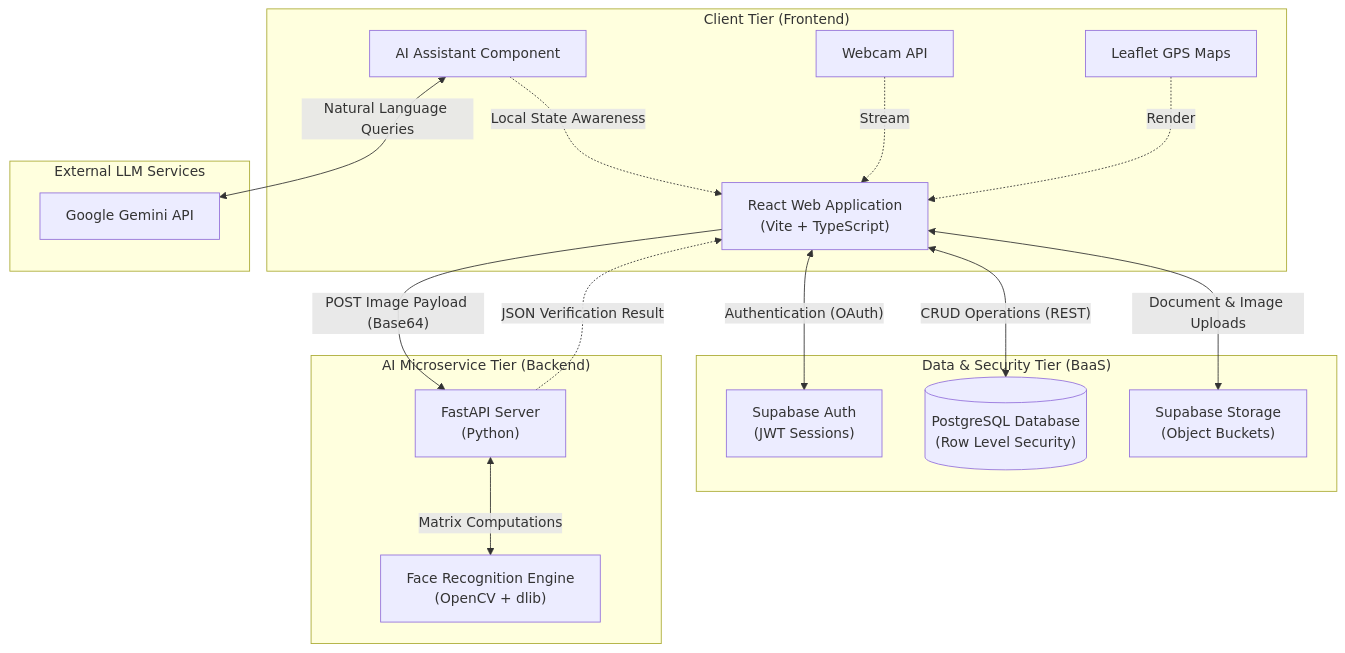
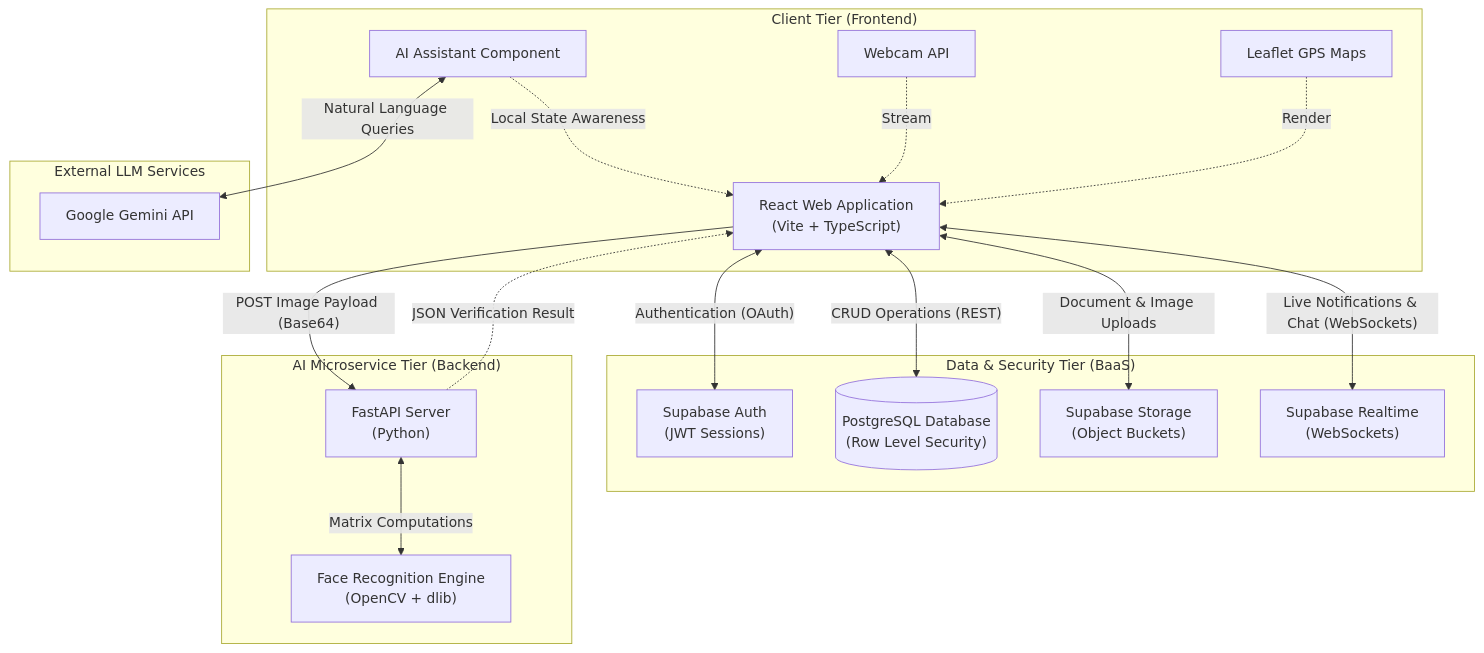
Before and after one commit to vincenico28/WorkForcePro: the first of 2 diagrams in Documentation/system_architecture.md, drawn with Mermaid. The commit also changed other lines of this file and 1 other file, not shown here.

Commit message:
add system architecture documentation and update project module summaries in README

````diff
--- a/Documentation/system_architecture.md
+++ b/Documentation/system_architecture.md
@@ -12,39 +12,41 @@
 ```mermaid
 graph TD
     subgraph "Client Tier (Frontend)"
         UI["React Web Application\n(Vite + TypeScript)"]
         Map["Leaflet GPS Maps"]
         Cam["Webcam API"]
         Chat["AI Assistant Component"]
     end
 
     subgraph "Data & Security Tier (BaaS)"
         SupaAuth["Supabase Auth\n(JWT Sessions)"]
         SupaDB[("PostgreSQL Database\n(Row Level Security)")]
         SupaStore["Supabase Storage\n(Object Buckets)"]
+        SupaRT["Supabase Realtime\n(WebSockets)"]
     end
 
     subgraph "AI Microservice Tier (Backend)"
         FastAPI["FastAPI Server\n(Python)"]
         OpenCV["Face Recognition Engine\n(OpenCV + dlib)"]
     end
 
     subgraph "External LLM Services"
         Gemini["Google Gemini API"]
     end
 
     %% Connections
     UI <-->|"Authentication (OAuth)"| SupaAuth
     UI <-->|"CRUD Operations (REST)"| SupaDB
     UI <-->|"Document & Image Uploads"| SupaStore
+    UI <-->|"Live Notifications & Chat (WebSockets)"| SupaRT
     
     UI -->|"POST Image Payload (Base64)"| FastAPI
     FastAPI <-->|"Matrix Computations"| OpenCV
     FastAPI -.->|"JSON Verification Result"| UI
     
     Chat <-->|"Natural Language Queries"| Gemini
     Chat -.->|"Local State Awareness"| UI
     
     Cam -.->|"Stream"| UI
     Map -.->|"Render"| UI
 ```
````
